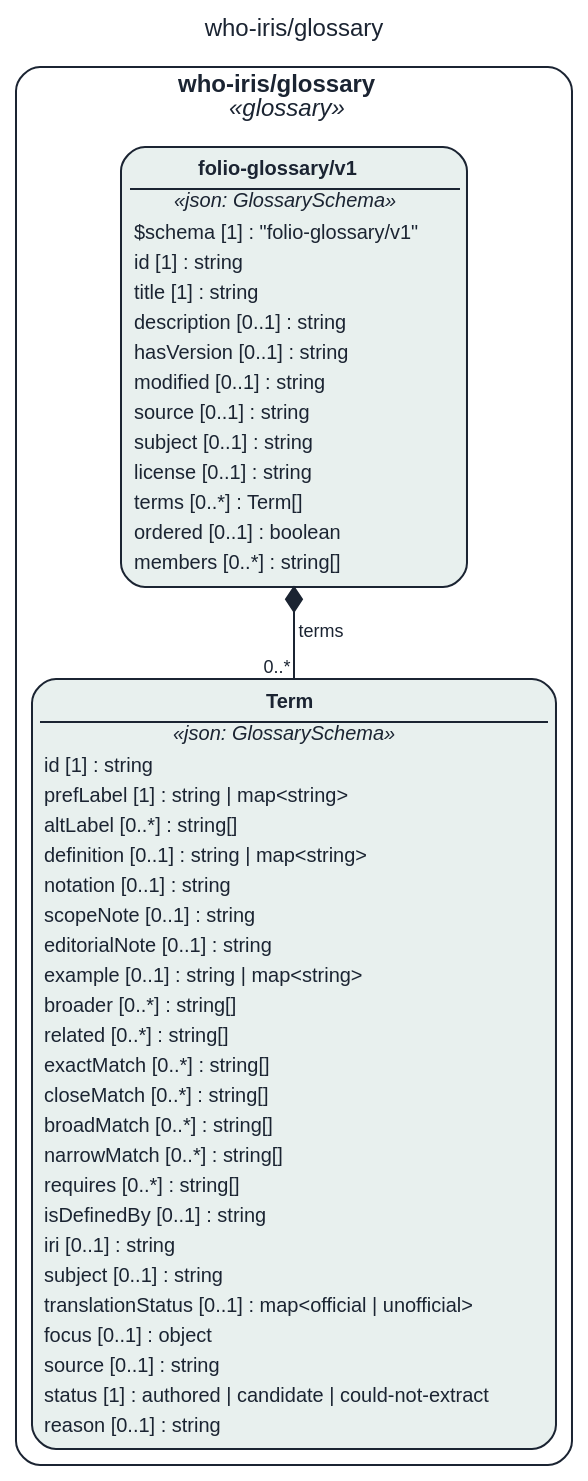
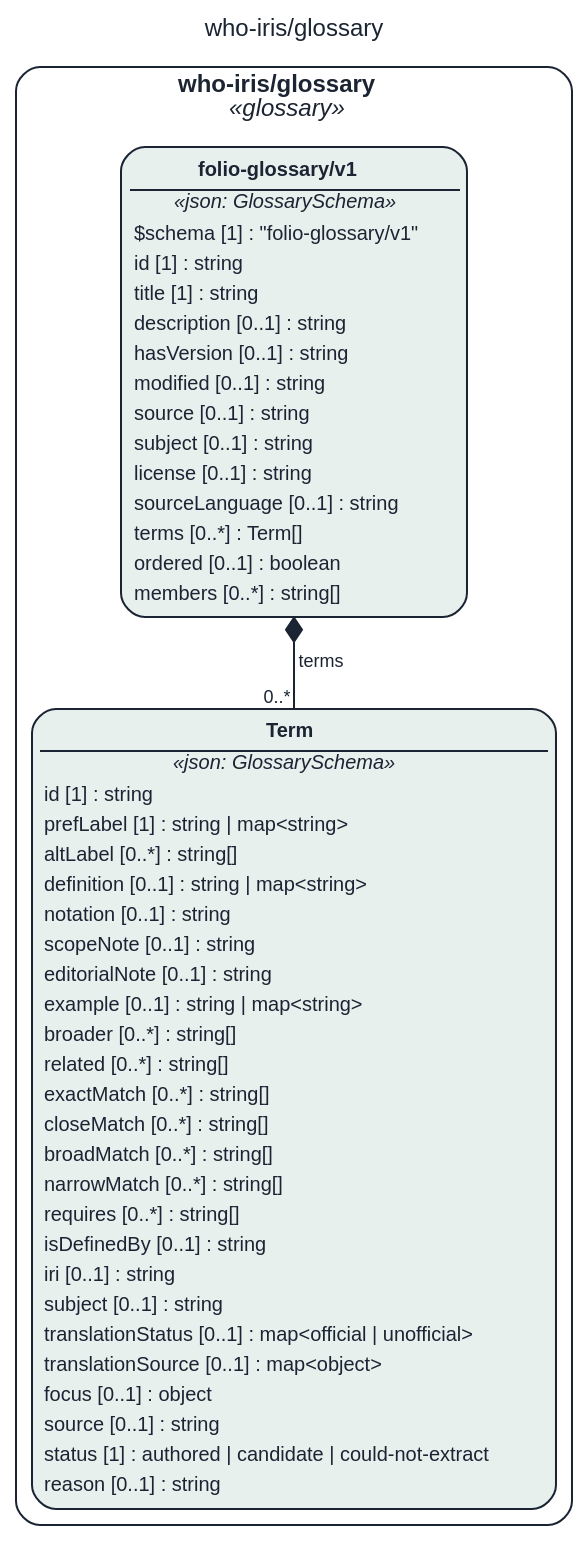
The diagram in assets/img/uml/overview/who-iris/glossary.dot (litlfred/folio-assistant), drawn with Graphviz before and after one commit. The commit also changed 768 other files, not shown here.

```diff
--- a/assets/img/uml/overview/who-iris/glossary.dot
+++ b/assets/img/uml/overview/who-iris/glossary.dot
@@ -1,13 +1,13 @@
 // GENERATED by cat-harness-tools/scripts/gen-uml-overview.ts — do not edit.
 // Rendered page (interactive view, same model): https://litlfred.github.io/folio-assistant/uml/overview/who-iris/glossary.html
 digraph "who_iris_glossary" {
   graph [label="who-iris/glossary", labelloc=t, fontname="Helvetica", fontsize=12, fontcolor="#1b2432", newrank=true, ratio=auto, nodesep=0.3, ranksep=0.5, bgcolor="transparent"];
   node [shape=box, style="rounded,filled", margin=0.05, fontname="Helvetica", fontsize=10, color="#1b2432", fontcolor="#1b2432"];
   edge [color="#1b2432", fontcolor="#1b2432", fontname="Helvetica", fontsize=9];
   subgraph "cluster_pkg_who_iris_glossary" {
     label=<<b>who-iris/glossary</b><br/><i>«glossary»</i>>; style="rounded"; color="#1b2432"; class="fa_uml_subgraph";
-    "who_iris_glossary_folio_glossary_v1_Term" [fillcolor="#e8f0ee", class="fa_uml_kind_glossary", label=<<table border="0" cellborder="0" cellspacing="0" cellpadding="2"><tr><td border="1" sides="b"><b>Term</b></td></tr><tr><td><i>«json: GlossarySchema»</i></td></tr><tr><td align="left">id [1] : string</td></tr><tr><td align="left">prefLabel [1] : string | map&lt;string&gt;</td></tr><tr><td align="left">altLabel [0..*] : string[]</td></tr><tr><td align="left">definition [0..1] : string | map&lt;string&gt;</td></tr><tr><td align="left">notation [0..1] : string</td></tr><tr><td align="left">scopeNote [0..1] : string</td></tr><tr><td align="left">editorialNote [0..1] : string</td></tr><tr><td align="left">example [0..1] : string | map&lt;string&gt;</td></tr><tr><td align="left">broader [0..*] : string[]</td></tr><tr><td align="left">related [0..*] : string[]</td></tr><tr><td align="left">exactMatch [0..*] : string[]</td></tr><tr><td align="left">closeMatch [0..*] : string[]</td></tr><tr><td align="left">broadMatch [0..*] : string[]</td></tr><tr><td align="left">narrowMatch [0..*] : string[]</td></tr><tr><td align="left">requires [0..*] : string[]</td></tr><tr><td align="left">isDefinedBy [0..1] : string</td></tr><tr><td align="left">iri [0..1] : string</td></tr><tr><td align="left">subject [0..1] : string</td></tr><tr><td align="left">translationStatus [0..1] : map&lt;official | unofficial&gt;</td></tr><tr><td align="left">focus [0..1] : object</td></tr><tr><td align="left">source [0..1] : string</td></tr><tr><td align="left">status [1] : authored | candidate | could-not-extract</td></tr><tr><td align="left">reason [0..1] : string</td></tr></table>>];
-    "who_iris_glossary_folio_glossary_v1_folio_glossary_v1" [fillcolor="#e8f0ee", class="fa_uml_kind_glossary", label=<<table border="0" cellborder="0" cellspacing="0" cellpadding="2"><tr><td border="1" sides="b"><b>folio-glossary/v1</b></td></tr><tr><td><i>«json: GlossarySchema»</i></td></tr><tr><td align="left">$schema [1] : &quot;folio-glossary/v1&quot;</td></tr><tr><td align="left">id [1] : string</td></tr><tr><td align="left">title [1] : string</td></tr><tr><td align="left">description [0..1] : string</td></tr><tr><td align="left">hasVersion [0..1] : string</td></tr><tr><td align="left">modified [0..1] : string</td></tr><tr><td align="left">source [0..1] : string</td></tr><tr><td align="left">subject [0..1] : string</td></tr><tr><td align="left">license [0..1] : string</td></tr><tr><td align="left">terms [0..*] : Term[]</td></tr><tr><td align="left">ordered [0..1] : boolean</td></tr><tr><td align="left">members [0..*] : string[]</td></tr></table>>];
+    "who_iris_glossary_folio_glossary_v1_Term" [fillcolor="#e8f0ee", class="fa_uml_kind_glossary", label=<<table border="0" cellborder="0" cellspacing="0" cellpadding="2"><tr><td border="1" sides="b"><b>Term</b></td></tr><tr><td><i>«json: GlossarySchema»</i></td></tr><tr><td align="left">id [1] : string</td></tr><tr><td align="left">prefLabel [1] : string | map&lt;string&gt;</td></tr><tr><td align="left">altLabel [0..*] : string[]</td></tr><tr><td align="left">definition [0..1] : string | map&lt;string&gt;</td></tr><tr><td align="left">notation [0..1] : string</td></tr><tr><td align="left">scopeNote [0..1] : string</td></tr><tr><td align="left">editorialNote [0..1] : string</td></tr><tr><td align="left">example [0..1] : string | map&lt;string&gt;</td></tr><tr><td align="left">broader [0..*] : string[]</td></tr><tr><td align="left">related [0..*] : string[]</td></tr><tr><td align="left">exactMatch [0..*] : string[]</td></tr><tr><td align="left">closeMatch [0..*] : string[]</td></tr><tr><td align="left">broadMatch [0..*] : string[]</td></tr><tr><td align="left">narrowMatch [0..*] : string[]</td></tr><tr><td align="left">requires [0..*] : string[]</td></tr><tr><td align="left">isDefinedBy [0..1] : string</td></tr><tr><td align="left">iri [0..1] : string</td></tr><tr><td align="left">subject [0..1] : string</td></tr><tr><td align="left">translationStatus [0..1] : map&lt;official | unofficial&gt;</td></tr><tr><td align="left">translationSource [0..1] : map&lt;object&gt;</td></tr><tr><td align="left">focus [0..1] : object</td></tr><tr><td align="left">source [0..1] : string</td></tr><tr><td align="left">status [1] : authored | candidate | could-not-extract</td></tr><tr><td align="left">reason [0..1] : string</td></tr></table>>];
+    "who_iris_glossary_folio_glossary_v1_folio_glossary_v1" [fillcolor="#e8f0ee", class="fa_uml_kind_glossary", label=<<table border="0" cellborder="0" cellspacing="0" cellpadding="2"><tr><td border="1" sides="b"><b>folio-glossary/v1</b></td></tr><tr><td><i>«json: GlossarySchema»</i></td></tr><tr><td align="left">$schema [1] : &quot;folio-glossary/v1&quot;</td></tr><tr><td align="left">id [1] : string</td></tr><tr><td align="left">title [1] : string</td></tr><tr><td align="left">description [0..1] : string</td></tr><tr><td align="left">hasVersion [0..1] : string</td></tr><tr><td align="left">modified [0..1] : string</td></tr><tr><td align="left">source [0..1] : string</td></tr><tr><td align="left">subject [0..1] : string</td></tr><tr><td align="left">license [0..1] : string</td></tr><tr><td align="left">sourceLanguage [0..1] : string</td></tr><tr><td align="left">terms [0..*] : Term[]</td></tr><tr><td align="left">ordered [0..1] : boolean</td></tr><tr><td align="left">members [0..*] : string[]</td></tr></table>>];
   }
   "who_iris_glossary_folio_glossary_v1_folio_glossary_v1" -> "who_iris_glossary_folio_glossary_v1_Term" [dir=both, arrowtail=diamond, arrowhead=none, label="terms", headlabel="0..*", class="fa_uml_composition"];
 }
```
